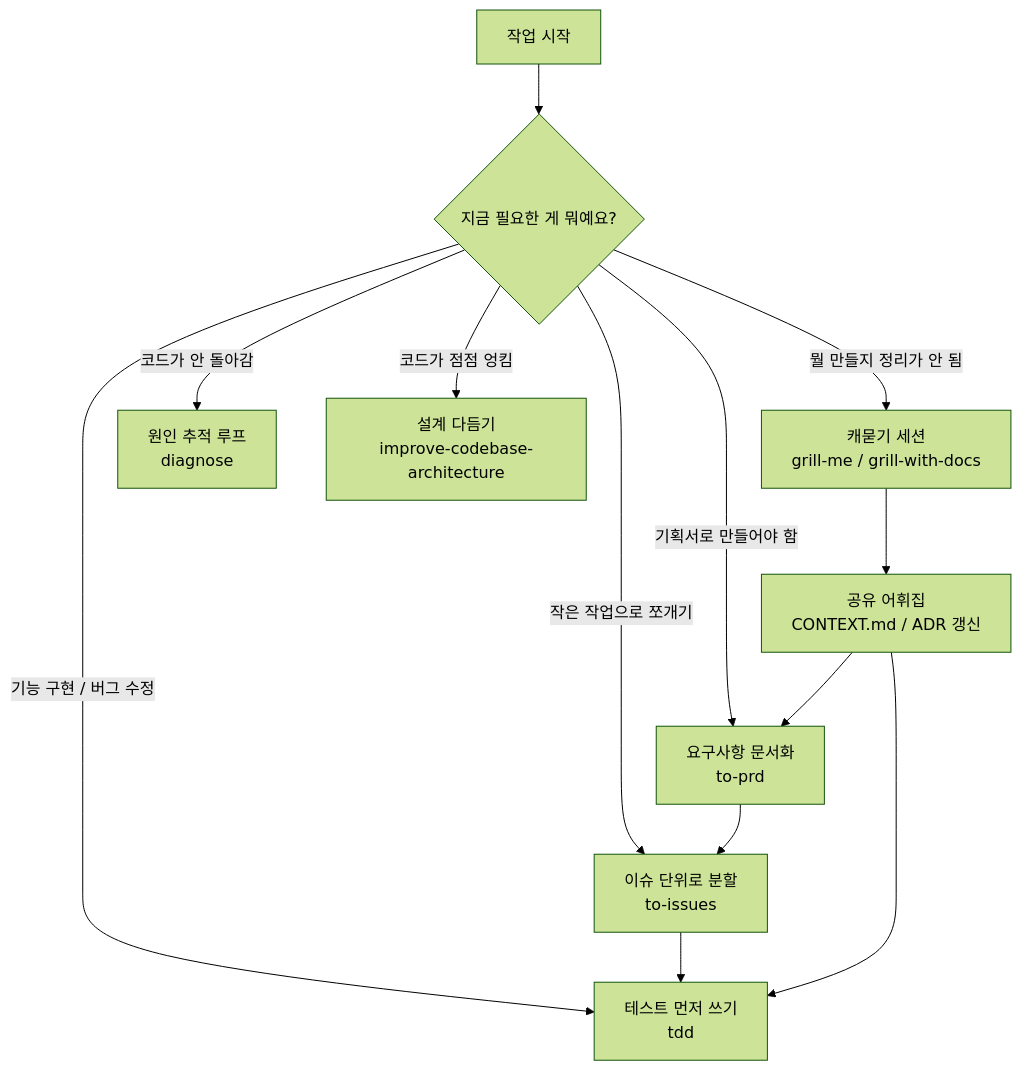
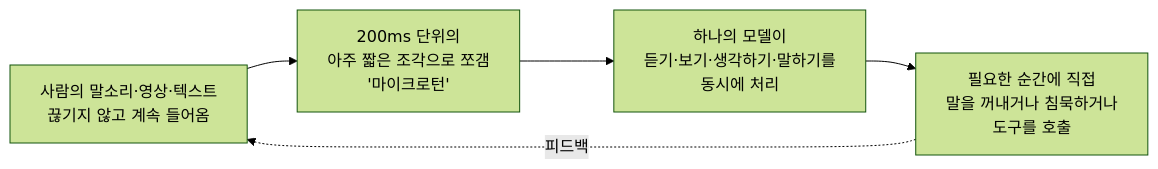
Before and after one commit to altjs4510/ai_news_blog: the diagram in content/knowledge/20260513.md, drawn with Mermaid (forest theme). The commit also changed other lines of this file and 3 other files, not shown here.

````diff
--- a/content/knowledge/20260513.md
+++ b/content/knowledge/20260513.md
@@ -41,15 +43,7 @@
 ```mermaid
-flowchart TD
-    A[작업 시작] --> B{지금 필요한 게 뭐예요?}
-    B -->|뭘 만들지 정리가 안 됨| C[캐묻기 세션<br/>grill-me / grill-with-docs]
-    B -->|기획서로 만들어야 함| D[요구사항 문서화<br/>to-prd]
-    B -->|작은 작업으로 쪼개기| E[이슈 단위로 분할<br/>to-issues]
-    B -->|기능 구현 / 버그 수정| F[테스트 먼저 쓰기<br/>tdd]
-    B -->|코드가 안 돌아감| G[원인 추적 루프<br/>diagnose]
-    B -->|코드가 점점 엉킴| H[설계 다듬기<br/>improve-codebase-architecture]
-    C --> I[공유 어휘집<br/>CONTEXT.md / ADR 갱신]
-    D --> E
-    E --> F
-    I --> D
-    I --> F
+flowchart LR
+    A[사람의 말소리·영상·텍스트<br/>끊기지 않고 계속 들어옴] --> B[200ms 단위의<br/>아주 짧은 조각으로 쪼갬<br/>'마이크로턴']
+    B --> C[하나의 모델이<br/>듣기·보기·생각하기·말하기를<br/>동시에 처리]
+    C --> D[필요한 순간에 직접<br/>말을 꺼내거나 침묵하거나<br/>도구를 호출]
+    D -.피드백.-> A
 ```
````
